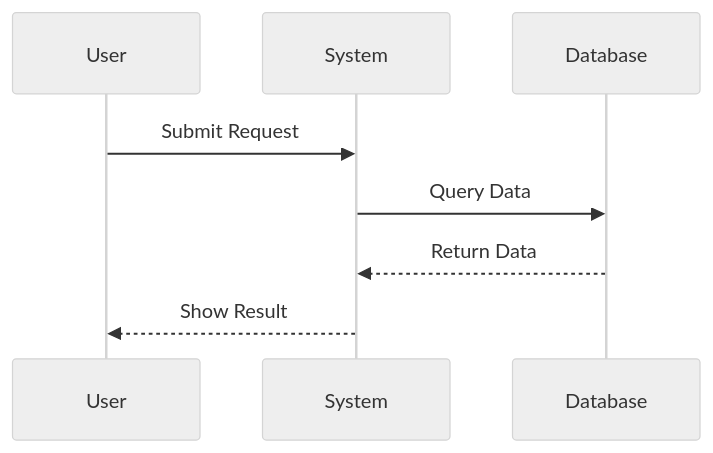
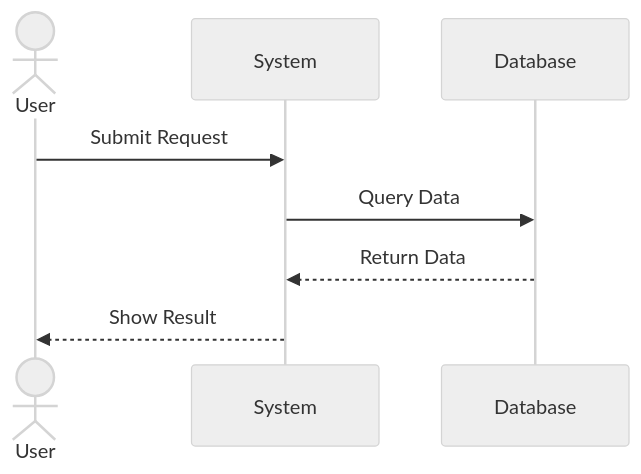
One commit to VikashChauhan51/system-design changed the ninth of 10 diagrams in Low Level System Design/OOPs Fundamentals/Uml Digrams.md. Above: the diagram before and after it, drawn with Mermaid (neutral theme). The commit also changed other lines of this file and 2 other files, not shown here.

````diff
--- a/Low Level System Design/OOPs Fundamentals/Uml Digrams.md
+++ b/Low Level System Design/OOPs Fundamentals/Uml Digrams.md
@@ -102,10 +306,11 @@
 ```mermaid
 sequenceDiagram
-	participant User
+	actor User
 	participant System
 	participant Database
+
 	User->>System: Submit Request
 	System->>Database: Query Data
 	Database-->>System: Return Data
 	System-->>User: Show Result
 ```
````
